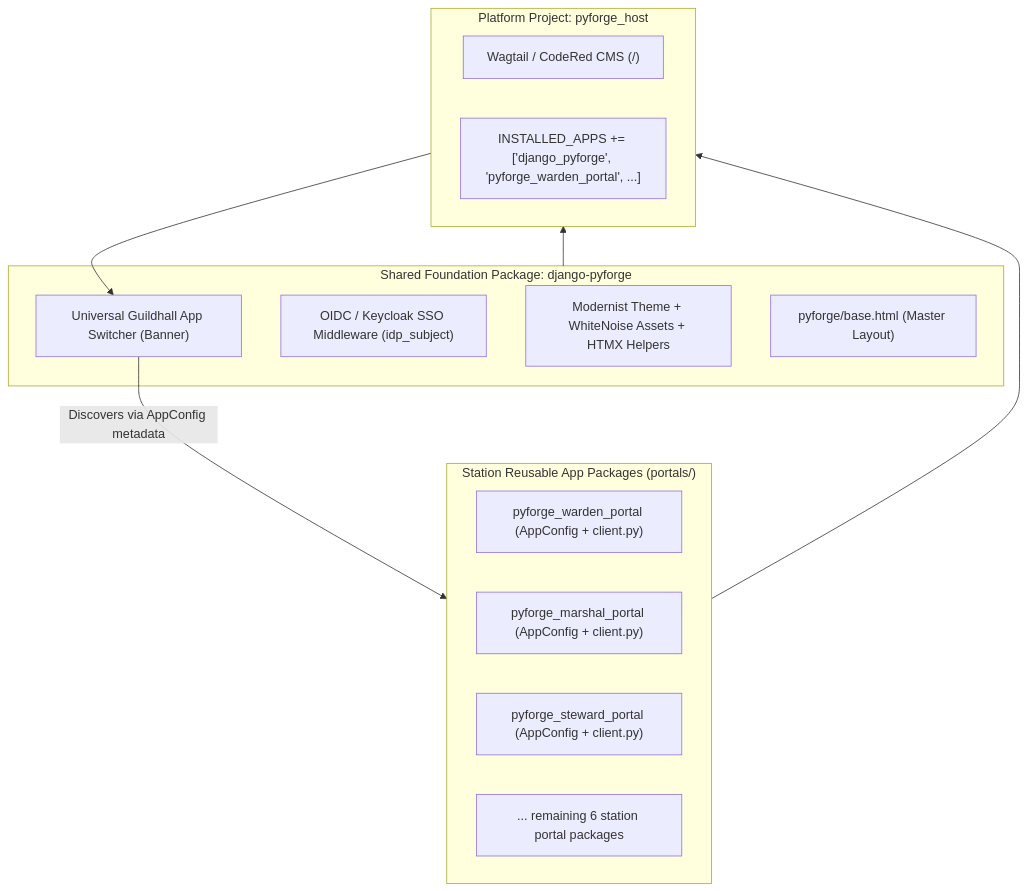
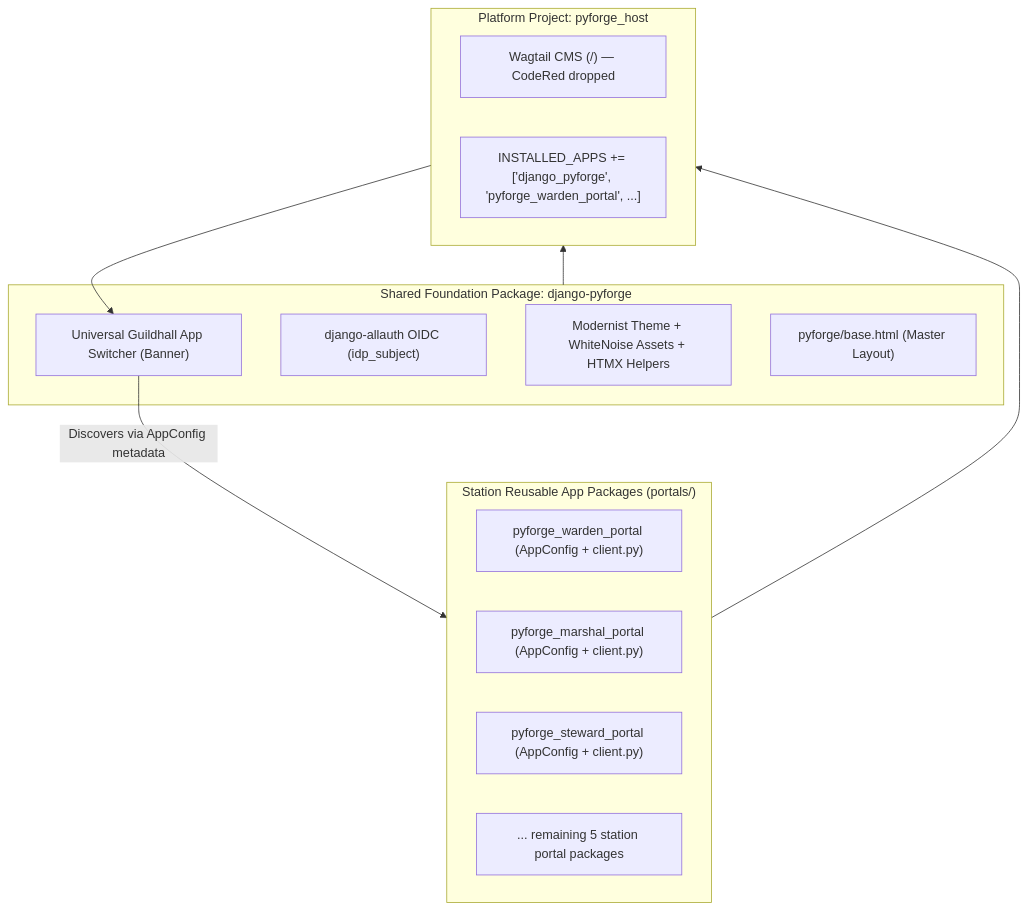
One commit to rxm7706/local-recipes changed the second of 13 diagrams in docs/dreams/pyforge-unifying-strategy.md. Above: the diagram before and after it, drawn with Mermaid. The commit also changed other lines of this file and 14 other files, not shown here.

````diff
--- a/docs/dreams/pyforge-unifying-strategy.md
+++ b/docs/dreams/pyforge-unifying-strategy.md
@@ -364,26 +421,26 @@
 ```mermaid
 graph TD
     subgraph Foundation["Shared Foundation Package: django-pyforge"]
         AppSwitcher["Universal Guildhall App Switcher (Banner)"]
-        SSOMiddleware["OIDC / Keycloak SSO Middleware (idp_subject)"]
+        SSOMiddleware["django-allauth OIDC (idp_subject)"]
         DesignSystem["Modernist Theme + WhiteNoise Assets + HTMX Helpers"]
         BaseTemplate["pyforge/base.html (Master Layout)"]
     end
 
     subgraph ReusableApps["Station Reusable App Packages (portals/)"]
         WardenApp["pyforge_warden_portal (AppConfig + client.py)"]
         MarshalApp["pyforge_marshal_portal (AppConfig + client.py)"]
         StewardApp["pyforge_steward_portal (AppConfig + client.py)"]
-        OtherApps["... remaining 6 station portal packages"]
+        OtherApps["... remaining 5 station portal packages"]
     end
 
     subgraph CentralHost["Platform Project: pyforge_host"]
-        WagtailHost["Wagtail / CodeRed CMS (/)"]
+        WagtailHost["Wagtail CMS (/) — CodeRed dropped"]
         SettingsConfig["INSTALLED_APPS += ['django_pyforge', 'pyforge_warden_portal', ...]"]
     end
 
     Foundation --> CentralHost
     ReusableApps --> CentralHost
     CentralHost --> AppSwitcher
     AppSwitcher -- "Discovers via AppConfig metadata" --> ReusableApps
 ```
````
